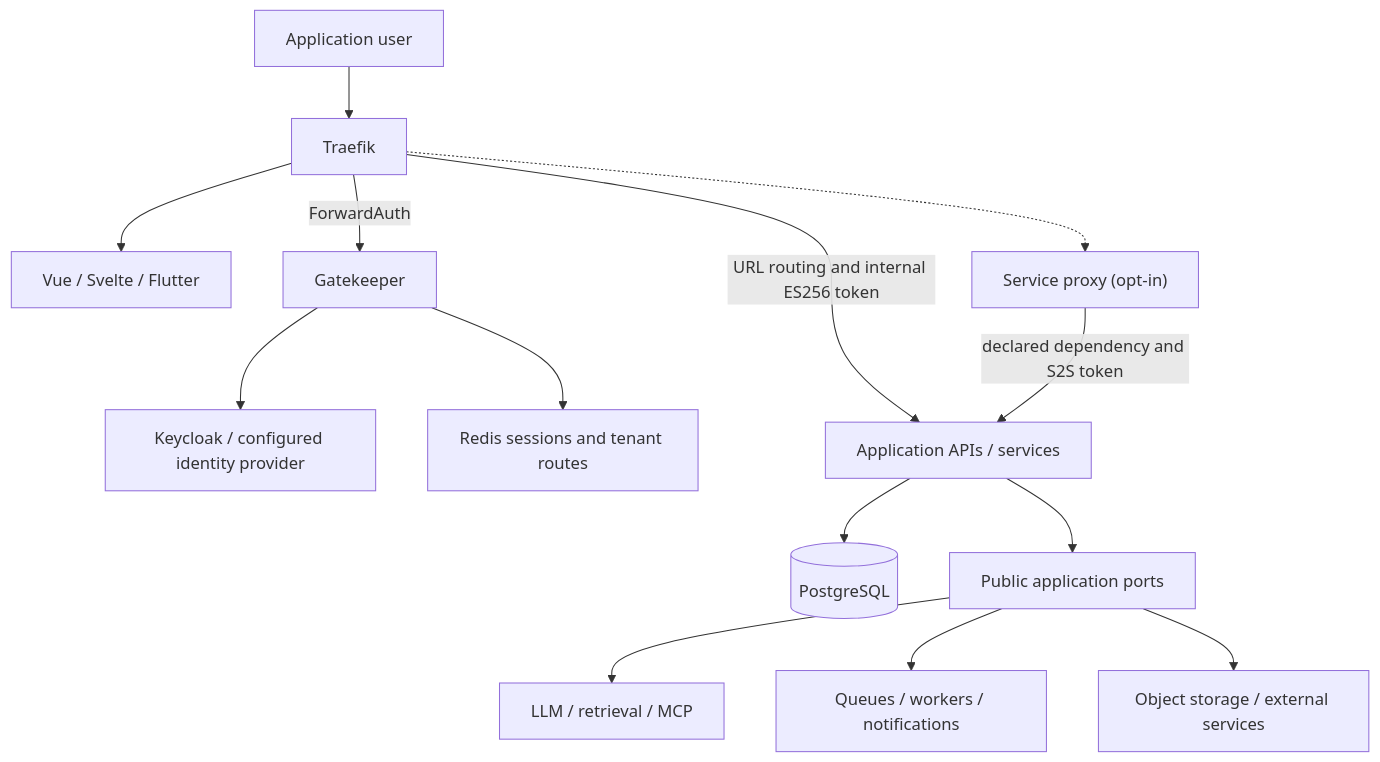
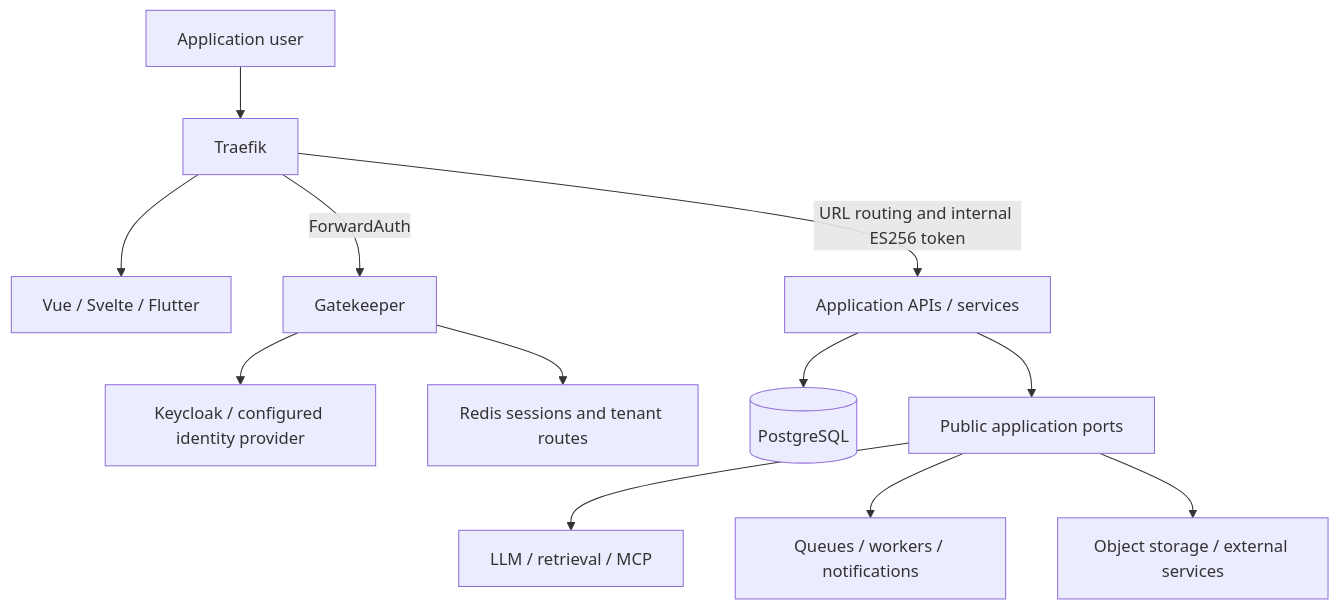
The second of 2 diagrams in README.md (cchifor/forge), drawn with Mermaid before and after one commit. The commit also changed other lines of this file and 56 other files, not shown here.

Commit message:
Remove redundant service proxy and add opt-in scoped API keys

````diff
--- a/README.md
+++ b/README.md
@@ -84,16 +83,14 @@
 ```mermaid
 flowchart TB
     User[Application user] --> Edge[Traefik]
     Edge --> UI[Vue / Svelte / Flutter]
     Edge -->|ForwardAuth| GK[Gatekeeper]
     GK --> IdP[Keycloak / configured identity provider]
     GK --> Redis[Redis sessions and tenant routes]
     Edge -->|URL routing and internal ES256 token| Services[Application APIs / services]
-    Edge -.-> Proxy["Service proxy (opt-in)"]
-    Proxy -->|declared dependency and S2S token| Services
     Services --> DB[(PostgreSQL)]
     Services --> Ports[Public application ports]
     Ports --> AI[LLM / retrieval / MCP]
     Ports --> Jobs[Queues / workers / notifications]
     Ports --> Storage[Object storage / external services]
 ```
````
